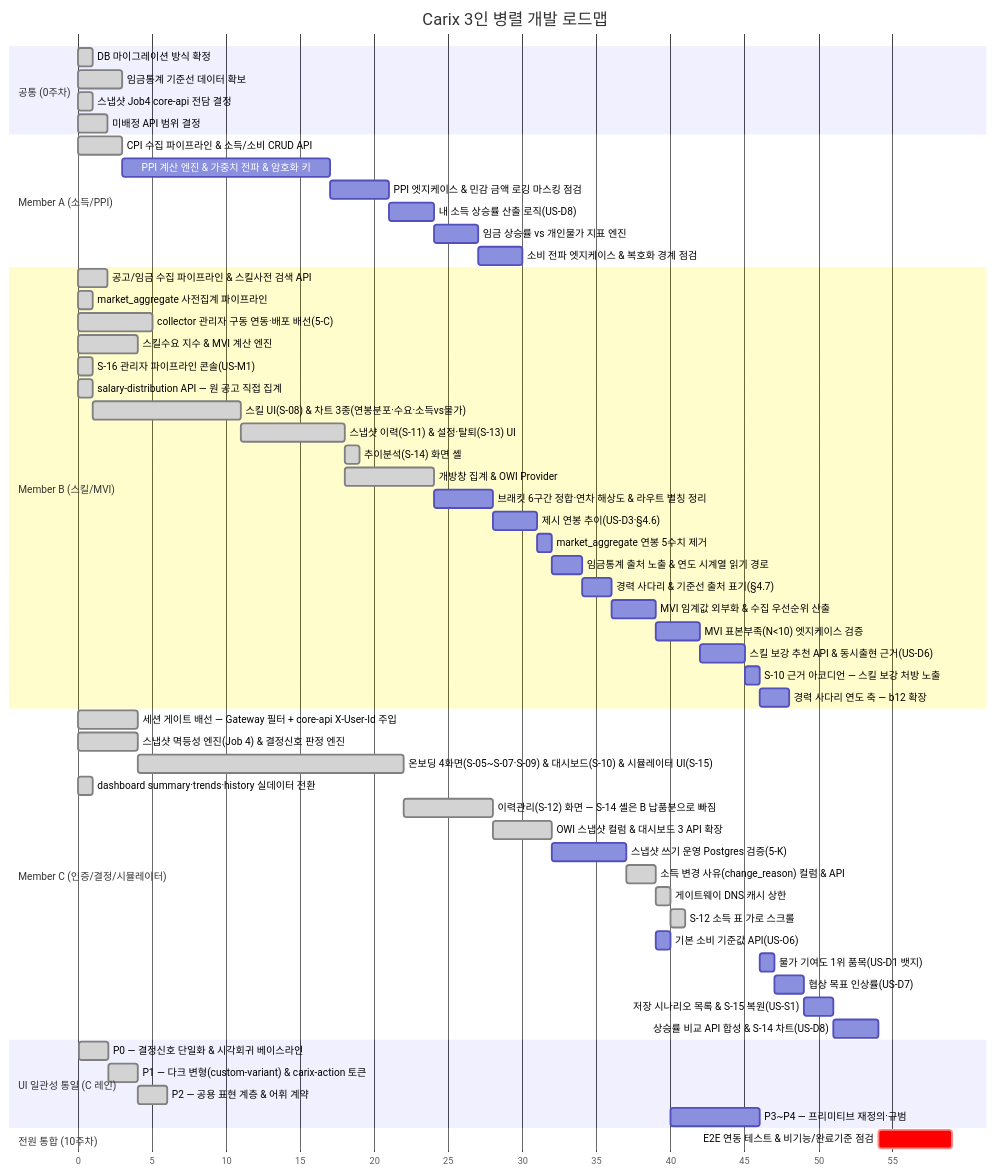
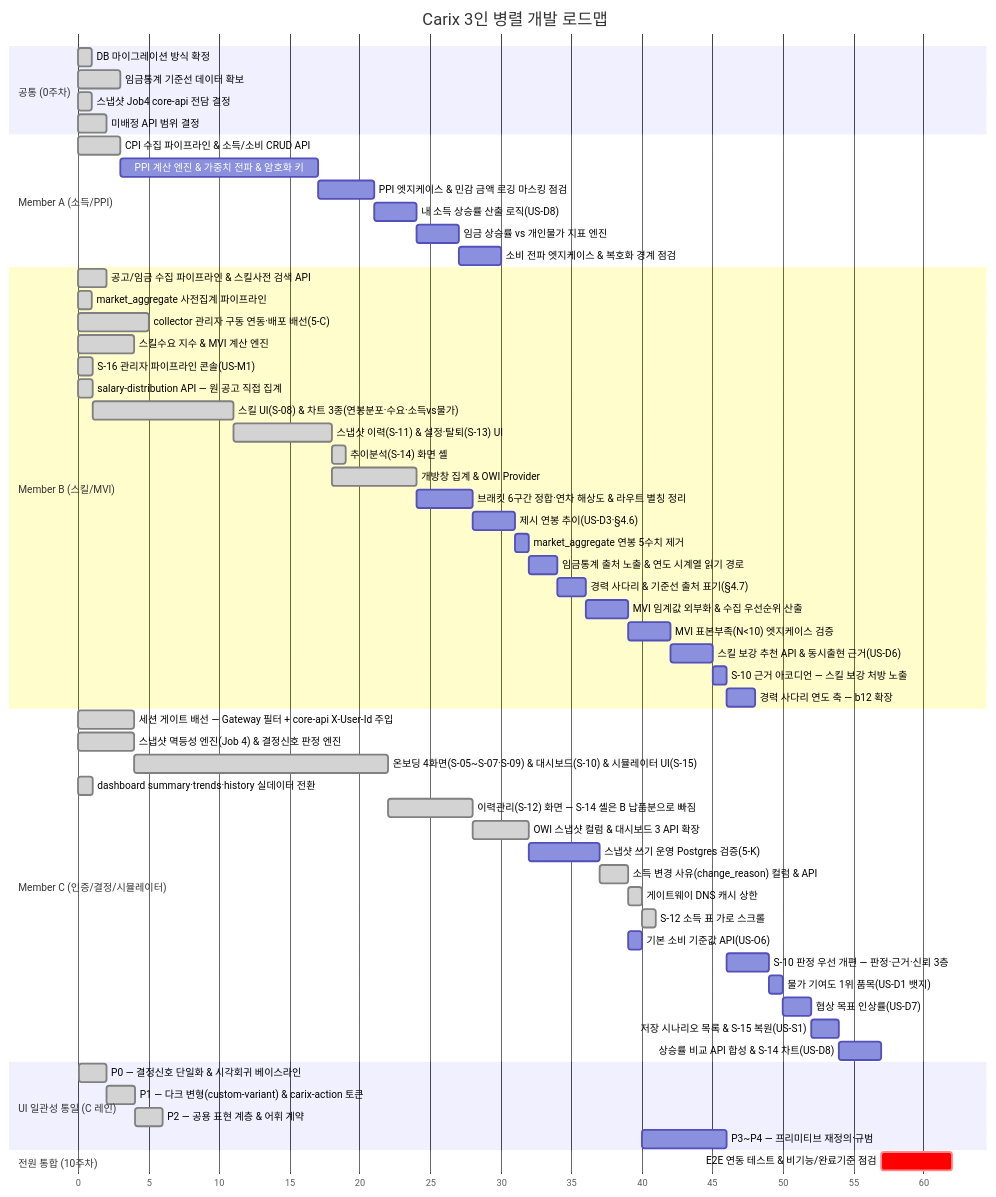
One commit to SeoHyeokGyu/Carix changed the first of 2 diagrams in docs/plans/carix-dev-plan.md. Above: the diagram before and after it, drawn with Mermaid. The commit also changed other lines of this file, not shown here.

Commit message:
docs: C 레인에 S-10 판정 우선 개편(c15)을 넣는다
대시보드를 지표 나열에서 판정·근거·신뢰 3층으로 바꾸는 블록이다. 운영
화면을 실브라우저로 점검하다 나왔다 — 뷰포트의 54%가 비고, h1 이 없고,
서버가 주는 표본 수·연봉 결측률·비교 조건을 화면이 안 쓴다.

ui3 뒤에 둔다. ui3(P3~P4)가 Card·Button·Badge 를 제자리에서 재정의하고
계획서가 영향 범위에 대시보드를 명시한다. 팀이 c12 에 이미 세운 규칙과
같다.

c12 의 선행을 ui3 에서 c15 로 옮겼다. 물가 기여도 뱃지가 붙을 자리가
c15 의 2층 구매력 카드이기 때문이다.

설계는 docs/superpowers/specs/2026-09-22-dashboard-verdict-first-design.md
에 있다(저장소 추적 대상이 아니다). 백엔드 변경은 없다 — 세 층이 현행
dashboard/summary·history 와 v1/profile 로 채워진다.

````diff
--- a/docs/plans/carix-dev-plan.md
+++ b/docs/plans/carix-dev-plan.md
@@ -89,62 +89,63 @@
 ```mermaid
 gantt
     title Carix 3인 병렬 개발 로드맵
     dateFormat X
     axisFormat %s
     section 공통 (0주차)
     DB 마이그레이션 방식 확정 :done, c0a, 0, 1s
     임금통계 기준선 데이터 확보 :done, a0, 3, 3s
     스냅샷 Job4 core-api 전담 결정 :done, i0, 7, 1s
     미배정 API 범위 결정 :done, c0, 7, 2s
     section Member A (소득/PPI)
     CPI 수집 파이프라인 & 소득/소비 CRUD API :done, a1, 12, 3s
     PPI 계산 엔진 & 가중치 전파 & 암호화 키 :a2, after a1, 14s
     PPI 엣지케이스 & 민감 금액 로깅 마스킹 점검 :a7, after a2, 4s
     내 소득 상승률 산출 로직(US-D8) :a9, after a7, 3s
     임금 상승률 vs 개인물가 지표 엔진 :a10, after a9, 3s
     소비 전파 엣지케이스 & 복호화 경계 점검 :a12, after a10, 3s
     section Member B (스킬/MVI)
     공고/임금 수집 파이프라인 & 스킬사전 검색 API :done, b1, 2, 2s
     market_aggregate 사전집계 파이프라인 :done, b2a, 3, 1s
     collector 관리자 구동 연동·배포 배선(5-C) :done, b0, 7, 5s
     스킬수요 지수 & MVI 계산 엔진 :done, b2, 8, 4s
     S-16 관리자 파이프라인 콘솔(US-M1) :done, b16, 14, 1s
     salary-distribution API — 원 공고 직접 집계 :done, b3a, 15, 1s
     스킬 UI(S-08) & 차트 3종(연봉분포·수요·소득vs물가) :done, b3, after b3a, 10s
     스냅샷 이력(S-11) & 설정·탈퇴(S-13) UI :done, b4, after b3, 7s
     추이분석(S-14) 화면 셸 :done, b4a, after b4, 1s
     개방창 집계 & OWI Provider :done, b6, after b4, 6s
     브래킷 6구간 정합·연차 해상도 & 라우트 별칭 정리 :b7, after b6, 4s
     제시 연봉 추이(US-D3·§4.6) :b10, after b7, 3s
     market_aggregate 연봉 5수치 제거 :b11, after b10, 1s
     임금통계 출처 노출 & 연도 시계열 읽기 경로 :b13, after b11, 2s
     경력 사다리 & 기준선 출처 표기(§4.7) :b12, after b13, 2s
     MVI 임계값 외부화 & 수집 우선순위 산출 :b8, after b12, 3s
     MVI 표본부족(N<10) 엣지케이스 검증 :b8a, after b8, 3s
     스킬 보강 추천 API & 동시출현 근거(US-D6) :b9, after b8a, 3s
     S-10 근거 아코디언 — 스킬 보강 처방 노출 :b15, after b9, 1s
     경력 사다리 연도 축 — b12 확장 :b14, after b15, 2s
     section Member C (인증/결정/시뮬레이터)
     세션 게이트 배선 — Gateway 필터 + core-api X-User-Id 주입 :done, c0b, 7, 4s
     스냅샷 멱등성 엔진(Job 4) & 결정신호 판정 엔진 :done, c2, 8, 4s
     온보딩 4화면(S-05~S-07·S-09) & 대시보드(S-10) & 시뮬레이터 UI(S-15) :done, c3, after c2, 18s
     dashboard summary·trends·history 실데이터 전환 :done, c4a, 15, 1s
     이력관리(S-12) 화면 — S-14 셸은 B 납품분으로 빠짐 :done, c4, after c3, 6s
     OWI 스냅샷 컬럼 & 대시보드 3 API 확장 :done, c6, after c4, 4s
     스냅샷 쓰기 운영 Postgres 검증(5-K) :c5, after c6, 5s
     소득 변경 사유(change_reason) 컬럼 & API :done, c10, after c5, 2s
     게이트웨이 DNS 캐시 상한 :done, c7, after c10, 1s
     S-12 소득 표 가로 스크롤 :done, c13, after c7, 1s
     기본 소비 기준값 API(US-O6) :c11, after c10, 1s
-    물가 기여도 1위 품목(US-D1 뱃지) :c12, after ui3, 1s
+    S-10 판정 우선 개편 — 판정·근거·신뢰 3층 :c15, after ui3, 3s
+    물가 기여도 1위 품목(US-D1 뱃지) :c12, after c15, 1s
     협상 목표 인상률(US-D7) :c8, after c12, 2s
     저장 시나리오 목록 & S-15 복원(US-S1) :c9, after c8, 2s
     상승률 비교 API 합성 & S-14 차트(US-D8) :c14, after c9 a9 a10 b13, 3s
     section UI 일관성 통일 (C 레인)
     P0 — 결정신호 단일화 & 시각회귀 베이스라인 :done, ui0, 33, 2s
     P1 — 다크 변형(custom-variant) & carix-action 토큰 :done, ui1, after ui0, 2s
     P2 — 공용 표현 계층 & 어휘 계약 :done, ui2, after ui1, 2s
     P3~P4 — 프리미티브 재정의·규범 :ui3, after c11, 6s
     section 전원 통합 (10주차)
     E2E 연동 테스트 & 비기능/완료기준 점검 :crit, e2e, after a12 b14 c14, 5s
 ```
````
